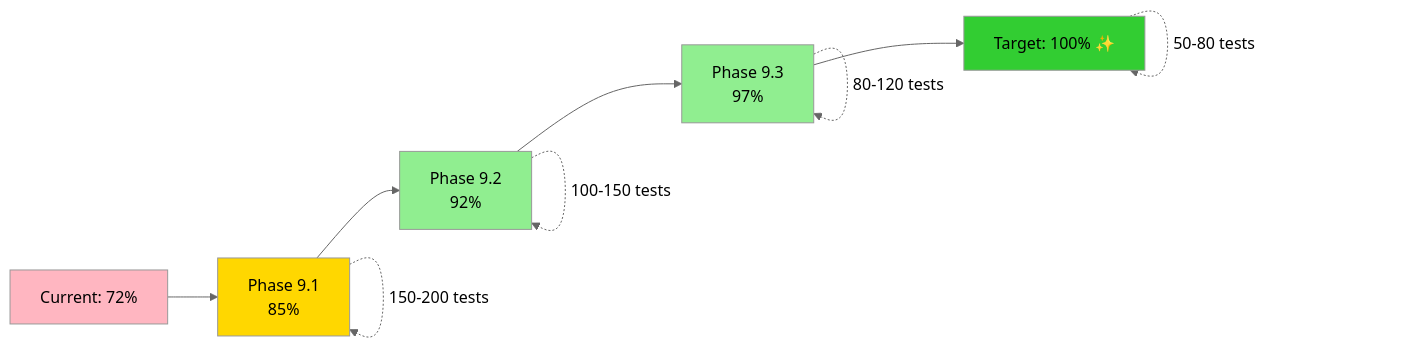
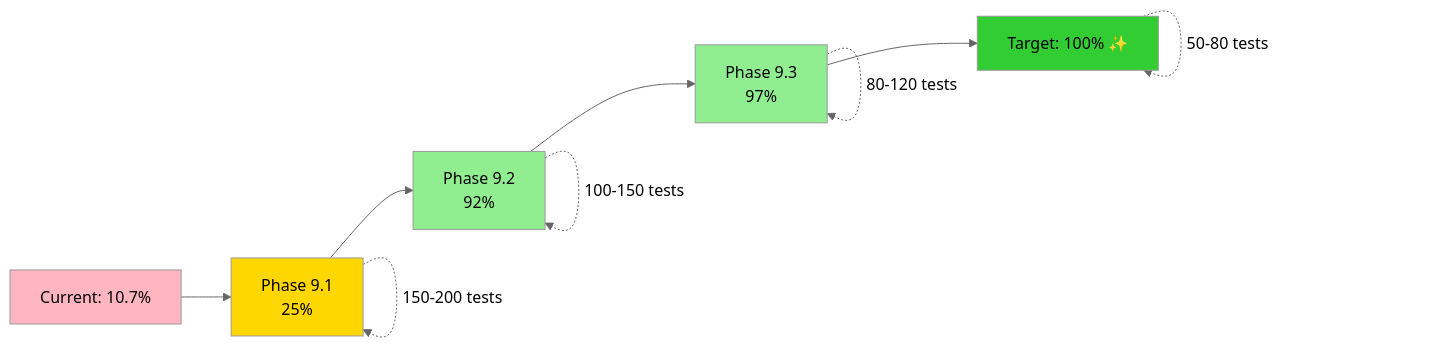
Before and after one commit to Aries-Serpent/_codex_: the third of 4 diagrams in docs/maintenance/DIAGRAM_UPDATE_SYSTEM.md, drawn with Mermaid (neutral theme). The commit also changed other lines of this file and 12 other files, not shown here.

First line of the commit message:
docs: update stale stats in priority-1 architecture and diagram files

````diff
--- a/docs/maintenance/DIAGRAM_UPDATE_SYSTEM.md
+++ b/docs/maintenance/DIAGRAM_UPDATE_SYSTEM.md
@@ -143,18 +143,18 @@
 ```mermaid
 graph LR
-    START[Current: 72%] --> P91[Phase 9.1<br/>85%]
+    START[Current: 10.7%] --> P91[Phase 9.1<br/>25%]
     P91 --> P92[Phase 9.2<br/>92%]
     P92 --> P93[Phase 9.3<br/>97%]
     P93 --> TARGET[Target: 100% ✨]
 
     P91 -.150-200 tests.-> P91
     P92 -.100-150 tests.-> P92
     P93 -.80-120 tests.-> P93
     TARGET -.50-80 tests.-> TARGET
 
     style START fill:#FFB6C1
     style P91 fill:#FFD700
     style P92 fill:#90EE90
     style P93 fill:#90EE90
     style TARGET fill:#32CD32
 ```
````
